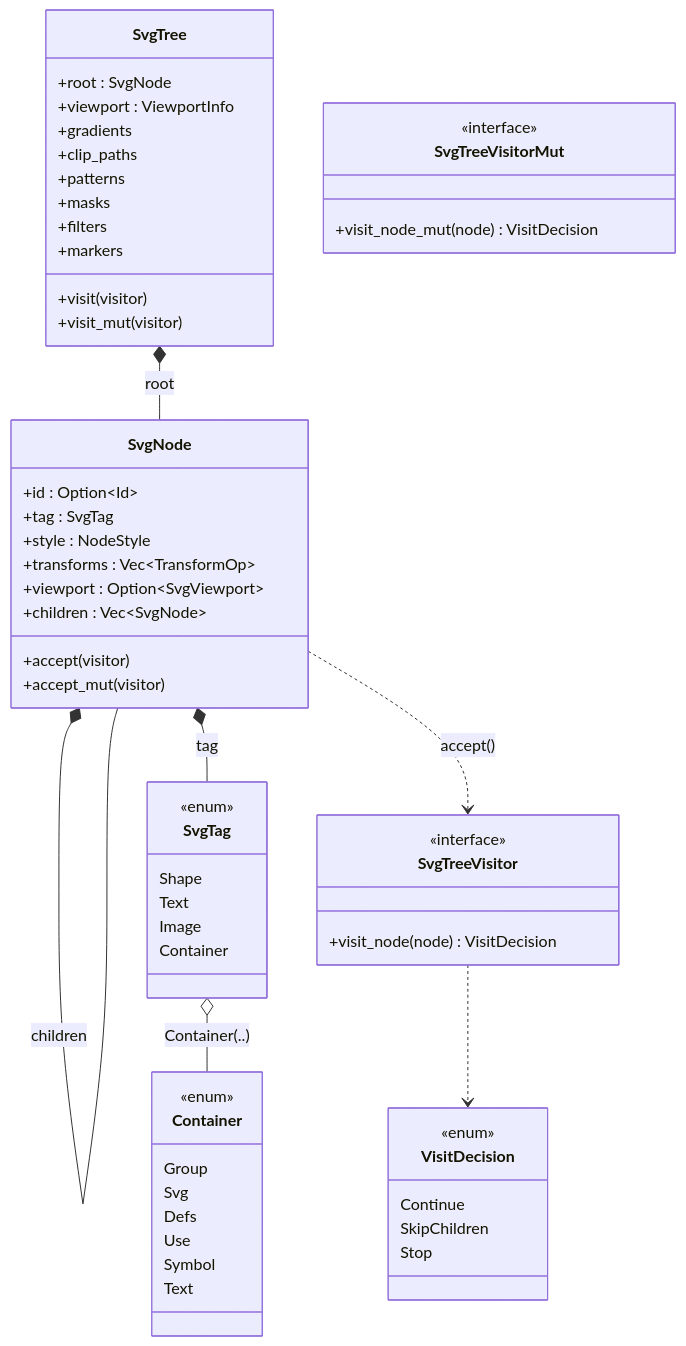
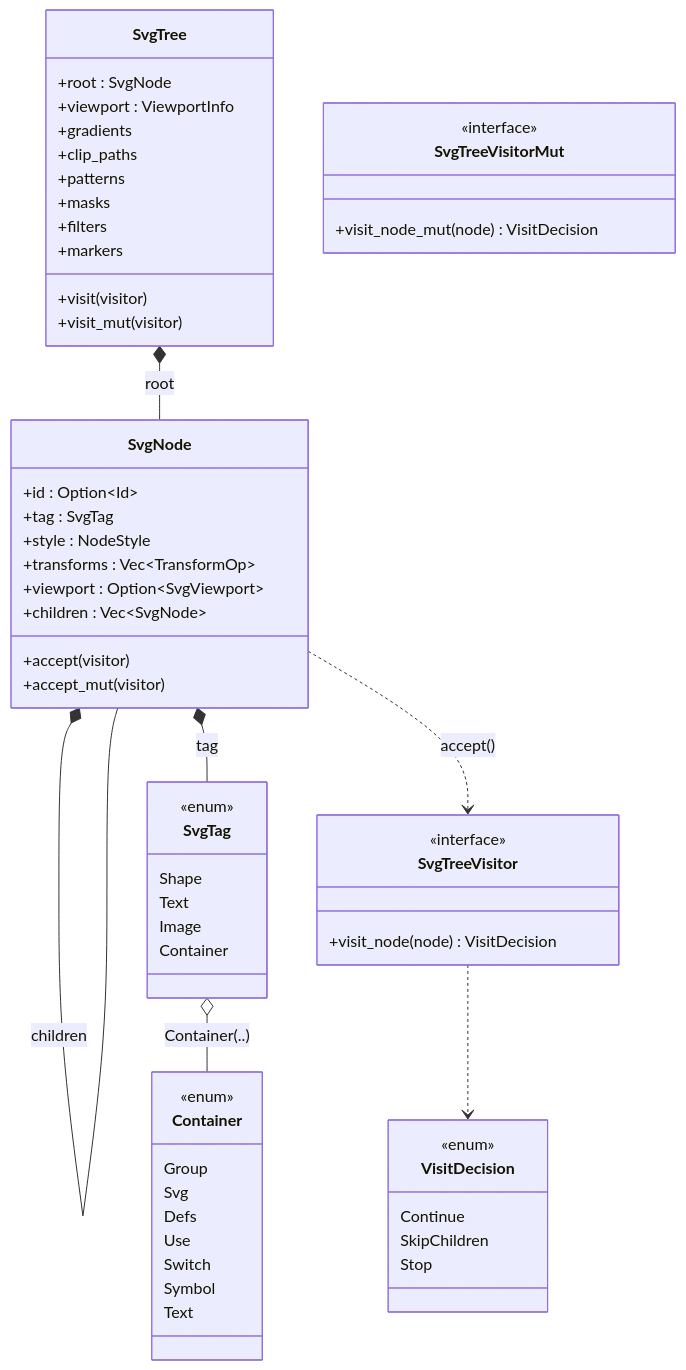
The second of 8 diagrams in svg-engine-data-model.md (mu-mostafa98/servo), drawn with Mermaid before and after one commit. The commit also changed other lines of this file, not shown here.

````diff
--- a/svg-engine-data-model.md
+++ b/svg-engine-data-model.md
@@ -50,70 +54,71 @@
 ```mermaid
 classDiagram
     direction TB
 
     class SvgTree {
         +root : SvgNode
         +viewport : ViewportInfo
         +gradients
         +clip_paths
         +patterns
         +masks
         +filters
         +markers
         +visit(visitor)
         +visit_mut(visitor)
     }
 
     class SvgNode {
         +id : Option~Id~
         +tag : SvgTag
         +style : NodeStyle
         +transforms : Vec~TransformOp~
         +viewport : Option~SvgViewport~
         +children : Vec~SvgNode~
         +accept(visitor)
         +accept_mut(visitor)
     }
 
     class SvgTag {
         <<enum>>
         Shape
         Text
         Image
         Container
     }
 
     class Container {
         <<enum>>
         Group
         Svg
         Defs
         Use
+        Switch
         Symbol
         Text
     }
 
     class VisitDecision {
         <<enum>>
         Continue
         SkipChildren
         Stop
     }
 
     class SvgTreeVisitor {
         <<interface>>
         +visit_node(node) VisitDecision
     }
 
     class SvgTreeVisitorMut {
         <<interface>>
         +visit_node_mut(node) VisitDecision
     }
 
     SvgTree *-- SvgNode : root
     SvgNode *-- SvgNode : children
     SvgNode *-- SvgTag : tag
     SvgTag o-- Container : Container(..)
     SvgNode ..> SvgTreeVisitor : accept()
     SvgTreeVisitor ..> VisitDecision
 ```
````
